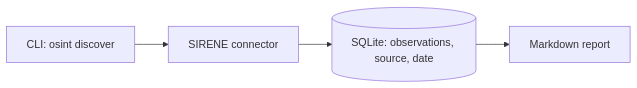
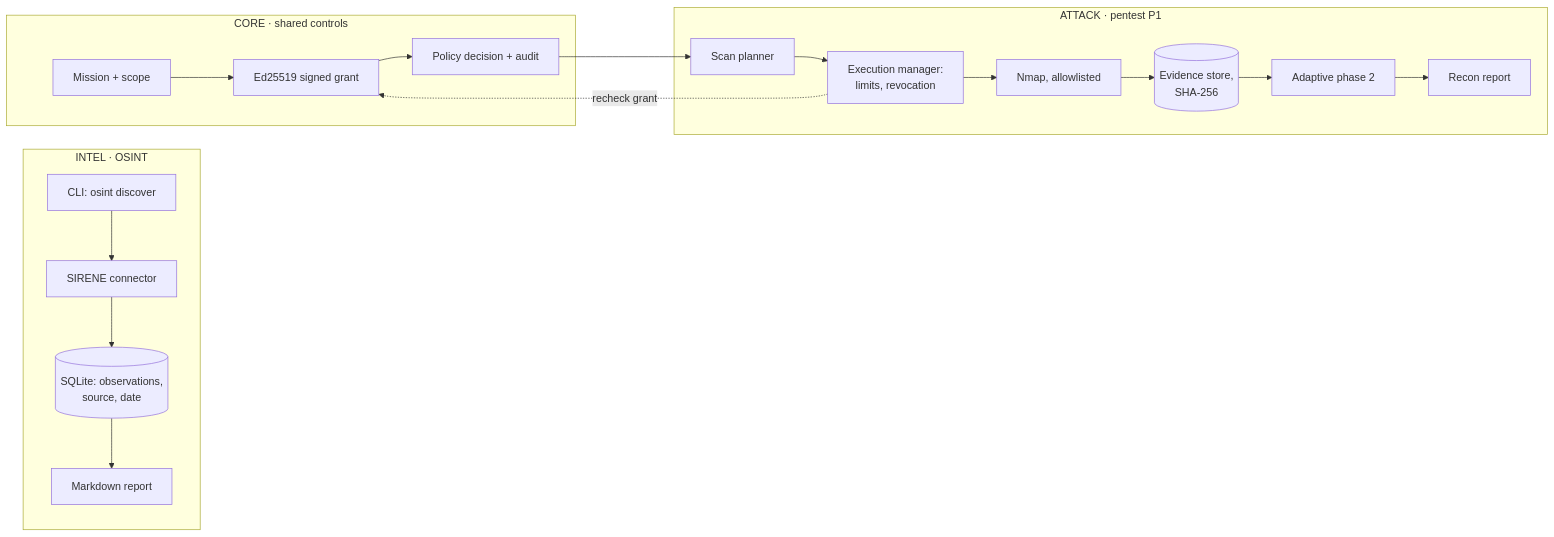
Before and after one commit to JN13012/Argos: the diagram in README.md, drawn with Mermaid. The commit also changed other lines of this file and 13 other files, not shown here.

````diff
--- a/README.md
+++ b/README.md
@@ -15,6 +77,14 @@
 ```mermaid
 flowchart LR
-  A[CLI: osint discover] --> B[SIRENE connector]
-  B --> C[(SQLite: observations, source, date)]
-  C --> D[Markdown report]
+  subgraph INTEL["INTEL · OSINT"]
+    CLI[CLI: osint discover] --> SIR[SIRENE connector] --> OBS[(SQLite: observations,<br>source, date)] --> REP[Markdown report]
+  end
+  subgraph CORE["CORE · shared controls"]
+    MIS[Mission + scope] --> SIG[Ed25519 signed grant] --> POL[Policy decision + audit]
+  end
+  subgraph ATTACK["ATTACK · pentest P1"]
+    PLAN[Scan planner] --> EXE[Execution manager:<br>limits, revocation] --> NMAP[Nmap, allowlisted] --> EVI[(Evidence store,<br>SHA-256)] --> ADA[Adaptive phase 2] --> REC[Recon report]
+  end
+  POL --> PLAN
+  EXE -. recheck grant .-> SIG
 ```
````
